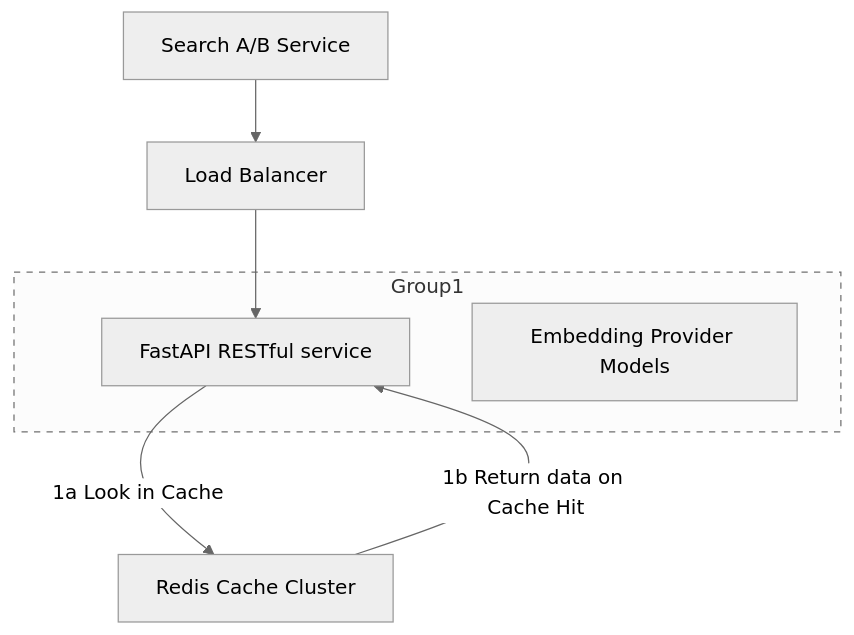
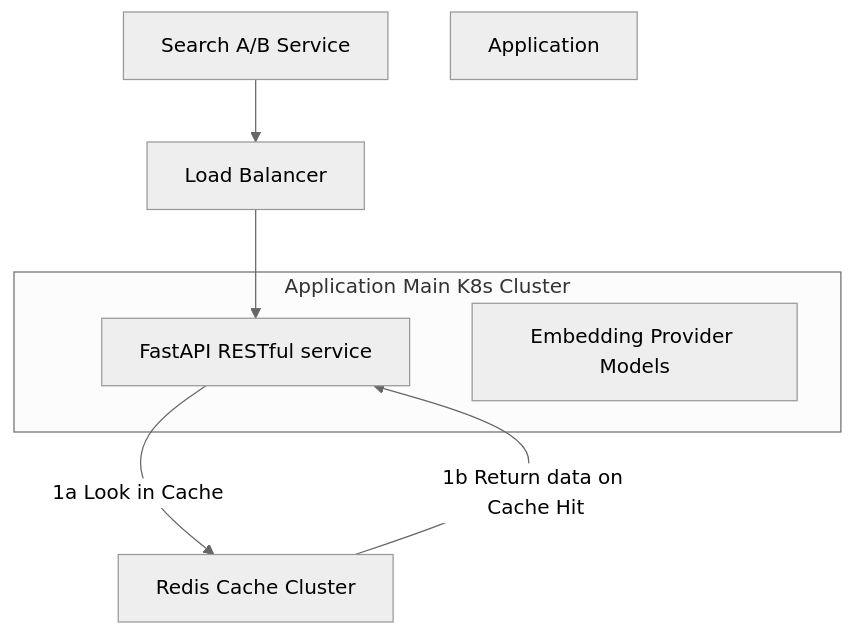
Before and after one commit to caiferris/qtact: the diagram in osprey_search_ARCHITECTURE.md, drawn with Mermaid (neutral theme).

Commit message:
Updated osprey doc

````diff
--- a/osprey_search_ARCHITECTURE.md
+++ b/osprey_search_ARCHITECTURE.md
@@ -45,16 +45,16 @@
 ```mermaid
 graph 
   query["Search A/B Service"]
   load_balancer["Load Balancer"]
   api_server["FastAPI RESTful service"]
   embedding_model["Embedding Provider Models"]
   redis["Redis Cache Cluster"]
   query --> load_balancer --> api_server
   api_server -- 1a Look in Cache --> redis
   redis -- 1b Return data on Cache Hit --> api_server
-subgraph Group1
-  style Group1 stroke-dasharray: 5, 5
+subgraph Application Main K8s Cluster
+  style Application Main K8s Cluster stroke-dasharray: 5, 5
   api_server
   embedding_model
 end
 ```
````
